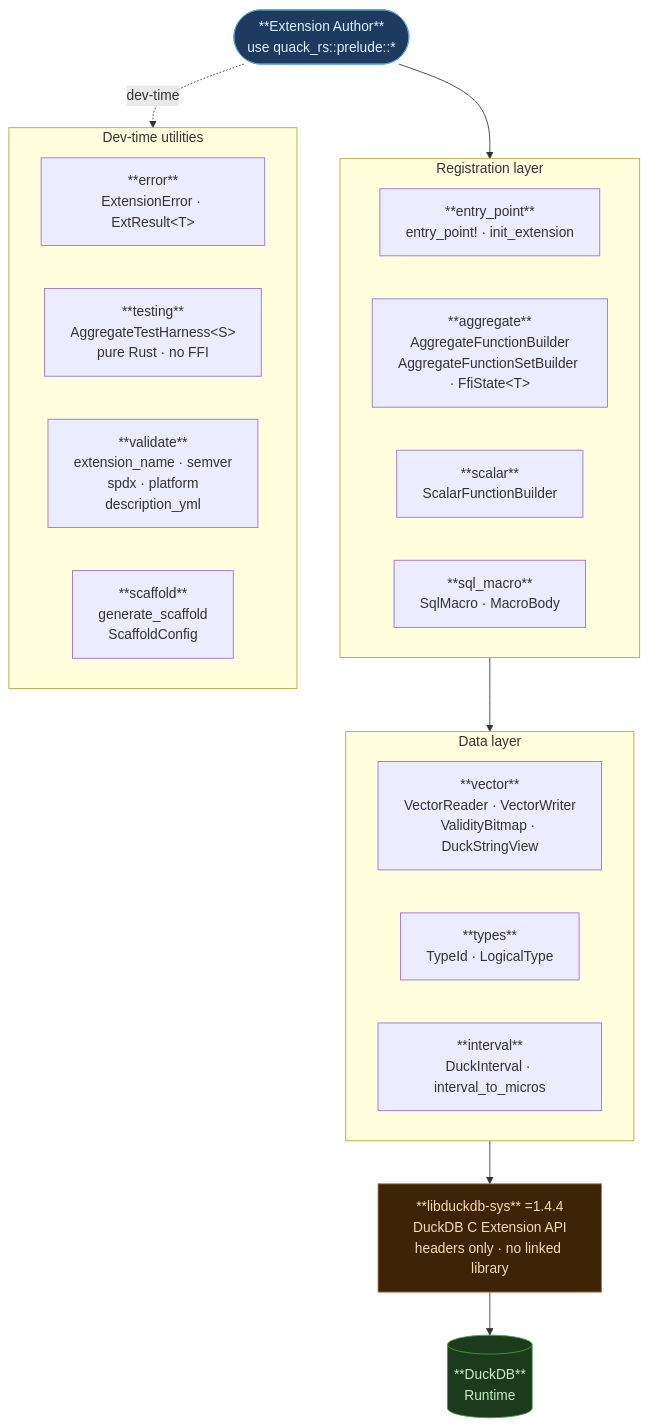
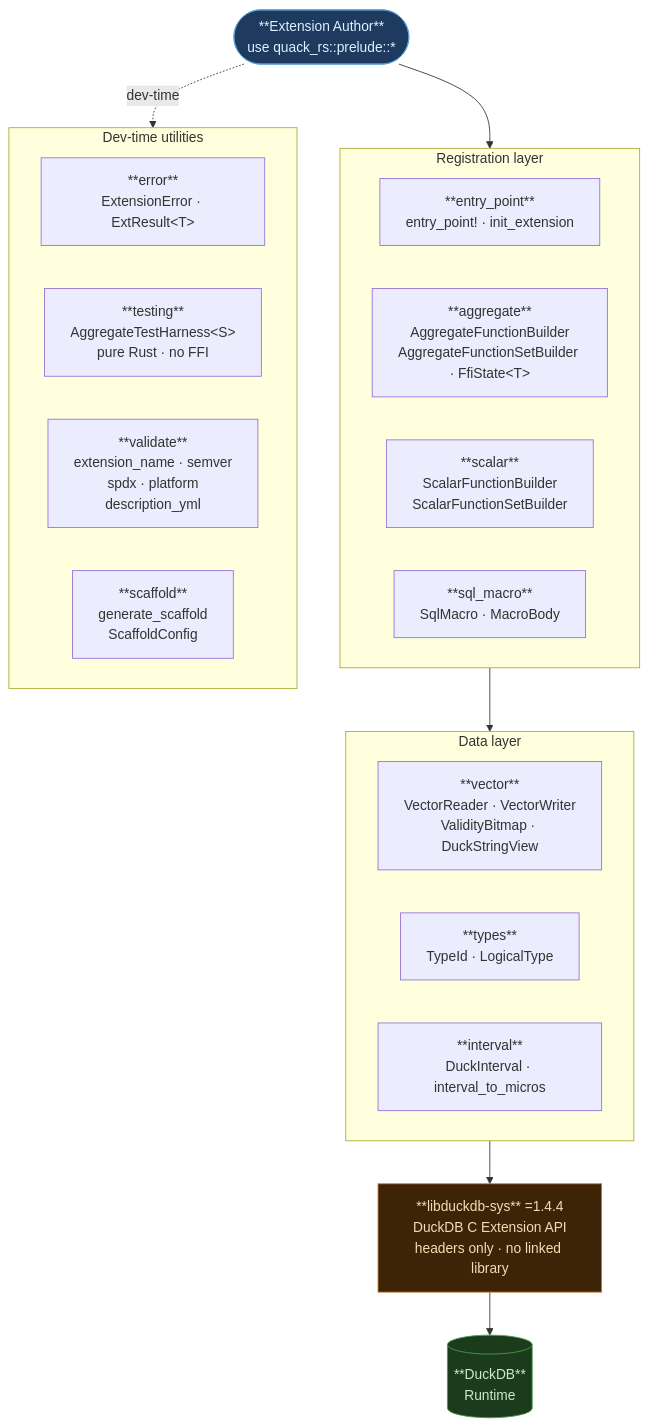
Before and after one commit to tomtom215/quack-rs: the diagram in README.md, drawn with Mermaid. The commit also changed other lines of this file and 18 other files, not shown here.

````diff
--- a/README.md
+++ b/README.md
@@ -508,41 +508,41 @@
 ```mermaid
 flowchart TB
     Author(["**Extension Author**<br/>use quack_rs::prelude::*"]):::author
 
     subgraph REG ["Registration layer"]
         direction LR
         EP["**entry_point**<br/>entry_point! · init_extension"]
         AGG["**aggregate**<br/>AggregateFunctionBuilder<br/>AggregateFunctionSetBuilder · FfiState&lt;T&gt;"]
-        SCL["**scalar**<br/>ScalarFunctionBuilder"]
+        SCL["**scalar**<br/>ScalarFunctionBuilder<br/>ScalarFunctionSetBuilder"]
         SM["**sql_macro**<br/>SqlMacro · MacroBody"]
     end
 
     subgraph DATA ["Data layer"]
         direction LR
         VEC["**vector**<br/>VectorReader · VectorWriter<br/>ValidityBitmap · DuckStringView"]
         TYP["**types**<br/>TypeId · LogicalType"]
         INT["**interval**<br/>DuckInterval · interval_to_micros"]
     end
 
     SYS["**libduckdb-sys** =1.4.4<br/>DuckDB C Extension API<br/>headers only · no linked library"]:::ffi
 
     RT[("**DuckDB**<br/>Runtime")]:::duckdb
 
     subgraph DEV ["Dev-time utilities"]
         direction LR
         ERR["**error**<br/>ExtensionError · ExtResult&lt;T&gt;"]
         TST["**testing**<br/>AggregateTestHarness&lt;S&gt;<br/>pure Rust · no FFI"]
         VAL["**validate**<br/>extension_name · semver<br/>spdx · platform<br/>description_yml"]
         SCF["**scaffold**<br/>generate_scaffold<br/>ScaffoldConfig"]
     end
 
     Author --> REG
     REG    --> DATA
     DATA   --> SYS
     SYS    --> RT
     Author -.->|"dev-time"| DEV
 
     classDef author fill:#1e3a5f,stroke:#5a9fd4,color:#ddf0ff
     classDef ffi fill:#3d2406,stroke:#c87941,color:#f5dbb4
     classDef duckdb fill:#1c3b1c,stroke:#4a9e4a,color:#c8ecc8
 ```
````
